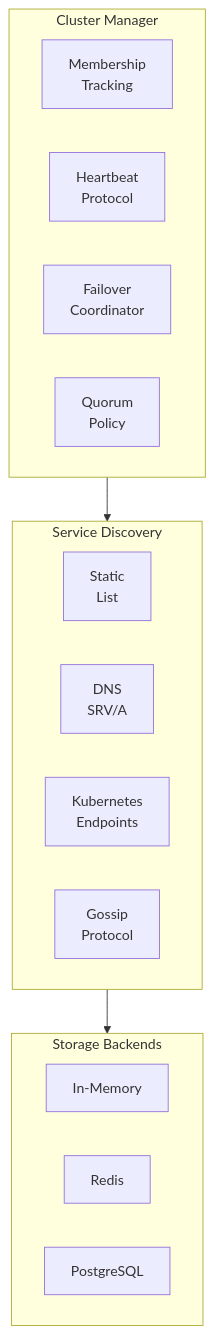
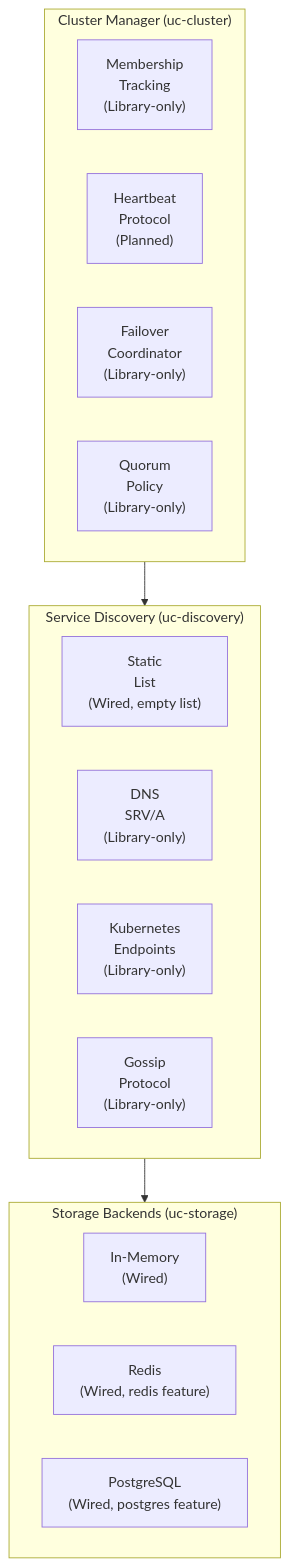
The first of 2 diagrams in docs/CLUSTERING.md (192d-Wing/usg-uc), drawn with Mermaid before and after one commit. The commit also changed other lines of this file and 8 other files, not shown here.

````diff
--- a/docs/CLUSTERING.md
+++ b/docs/CLUSTERING.md
@@ -24,25 +41,25 @@
 ``` mermaid
 flowchart TB
-    subgraph cm["Cluster Manager"]
+    subgraph cm["Cluster Manager (uc-cluster)"]
         direction LR
-        membership["Membership<br>Tracking"]
-        heartbeat["Heartbeat<br>Protocol"]
-        failover["Failover<br>Coordinator"]
-        quorum["Quorum<br>Policy"]
+        membership["Membership<br>Tracking<br>(Library-only)"]
+        heartbeat["Heartbeat<br>Protocol<br>(Planned)"]
+        failover["Failover<br>Coordinator<br>(Library-only)"]
+        quorum["Quorum<br>Policy<br>(Library-only)"]
     end
-    subgraph sd["Service Discovery"]
+    subgraph sd["Service Discovery (uc-discovery)"]
         direction LR
-        static["Static<br>List"]
-        dns["DNS<br>SRV/A"]
-        k8s["Kubernetes<br>Endpoints"]
-        gossip["Gossip<br>Protocol"]
+        static["Static<br>List<br>(Wired, empty list)"]
+        dns["DNS<br>SRV/A<br>(Library-only)"]
+        k8s["Kubernetes<br>Endpoints<br>(Library-only)"]
+        gossip["Gossip<br>Protocol<br>(Library-only)"]
     end
-    subgraph sb["Storage Backends"]
+    subgraph sb["Storage Backends (uc-storage)"]
         direction LR
-        mem["In-Memory"]
-        redis["Redis"]
-        pg["PostgreSQL"]
+        mem["In-Memory<br>(Wired)"]
+        redis["Redis<br>(Wired, redis feature)"]
+        pg["PostgreSQL<br>(Wired, postgres feature)"]
     end
     cm --> sd
     sd --> sb
 ```
````
